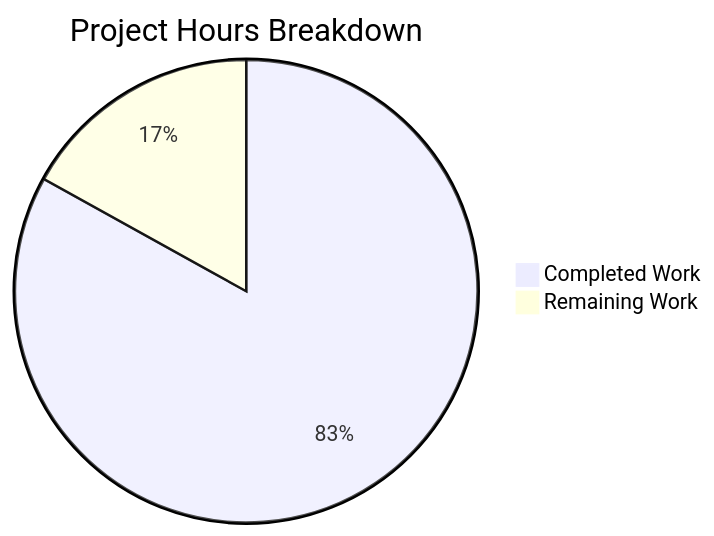
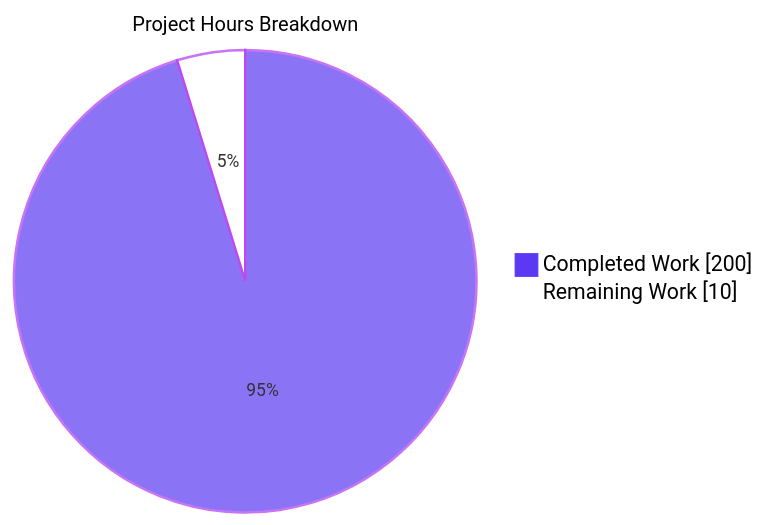
One commit to Blitzy-Sandbox/blitzy-RudderStack changed the second of 3 diagrams in blitzy/documentation/Project Guide.md. Above: the diagram before and after it, drawn with Mermaid. The commit also changed other lines of this file, not shown here.

Commit message:
Adding Blitzy Project Guide: Project Status and Human Tasks Remaining

````diff
--- a/blitzy/documentation/Project Guide.md
+++ b/blitzy/documentation/Project Guide.md
@@ -250,5 +240,7 @@
 ```mermaid
-pie title Project Hours Breakdown
-    "Completed Work" : 402
-    "Remaining Work" : 82
+%%{init: {"pie": {"textPosition": 0.5}, "themeVariables": {"pieOuterStrokeWidth": "0px", "pie1": "#5B39F3", "pie2": "#FFFFFF", "pieStrokeColor": "#B23AF2", "pieTitleTextSize": "16px", "pieSectionTextSize": "14px"}}}%%
+pie showData
+    title Project Hours Breakdown
+    "Completed Work" : 200
+    "Remaining Work" : 10
 ```
````
